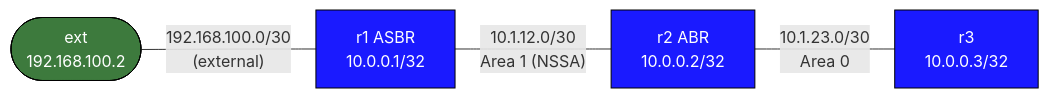
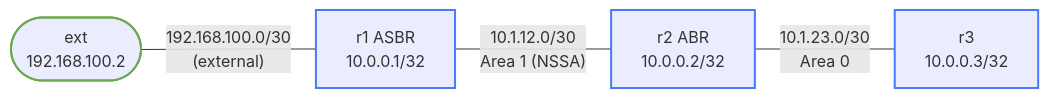
Before and after one commit to jschless/networkingLabs: the diagram in labs/debug-ospf-nssa/README.md, drawn with Mermaid. The commit also changed 250 other files, not shown here.

Commit message:
Fix unreadable topology diagrams, convert ASCII art, publish assessments (#57)

````diff
--- a/labs/debug-ospf-nssa/README.md
+++ b/labs/debug-ospf-nssa/README.md
@@ -16,16 +16,16 @@
 ```mermaid
 flowchart LR
-    ext(["ext\n192.168.100.2"])
-    r1["r1 ASBR\n10.0.0.1/32"]
-    r2["r2 ABR\n10.0.0.2/32"]
-    r3["r3\n10.0.0.3/32"]
+    ext(["ext<br/>192.168.100.2"])
+    r1["r1 ASBR<br/>10.0.0.1/32"]
+    r2["r2 ABR<br/>10.0.0.2/32"]
+    r3["r3<br/>10.0.0.3/32"]
 
-    ext -- "192.168.100.0/30\n(external)" --- r1
-    r1 -- "10.1.12.0/30\nArea 1 (NSSA)" --- r2
-    r2 -- "10.1.23.0/30\nArea 0" --- r3
+    ext -- "192.168.100.0/30<br/>(external)" --- r1
+    r1 -- "10.1.12.0/30<br/>Area 1 (NSSA)" --- r2
+    r2 -- "10.1.23.0/30<br/>Area 0" --- r3
 
-    classDef router fill:#1a1aff,color:#fff,stroke:#000
-    classDef host   fill:#3d7a3d,color:#fff,stroke:#000
+    classDef router stroke:#4778ff,stroke-width:2px
+    classDef host stroke:#6aa84f,stroke-width:2px
     class r1,r2,r3 router
     class ext host
 ```
````
